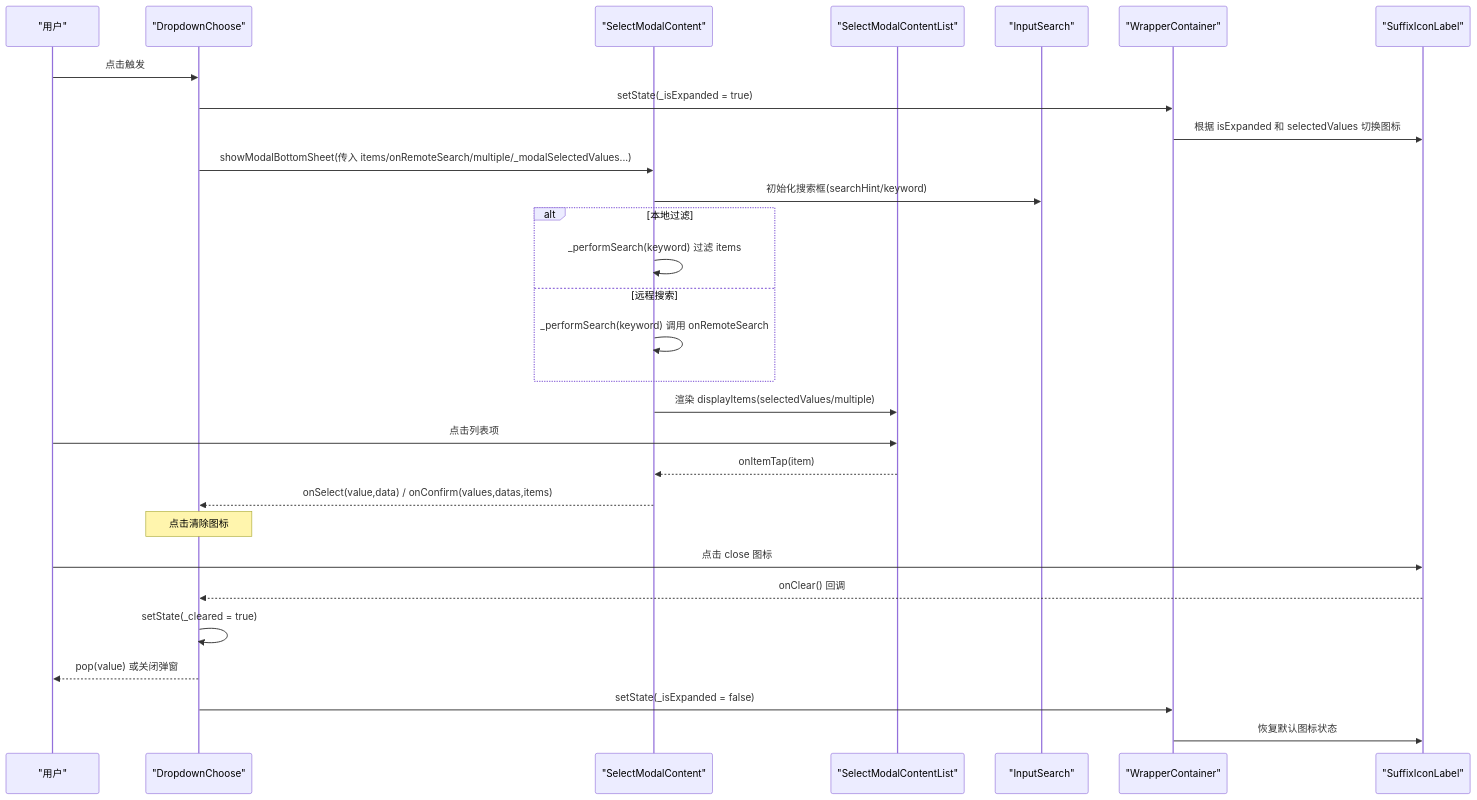
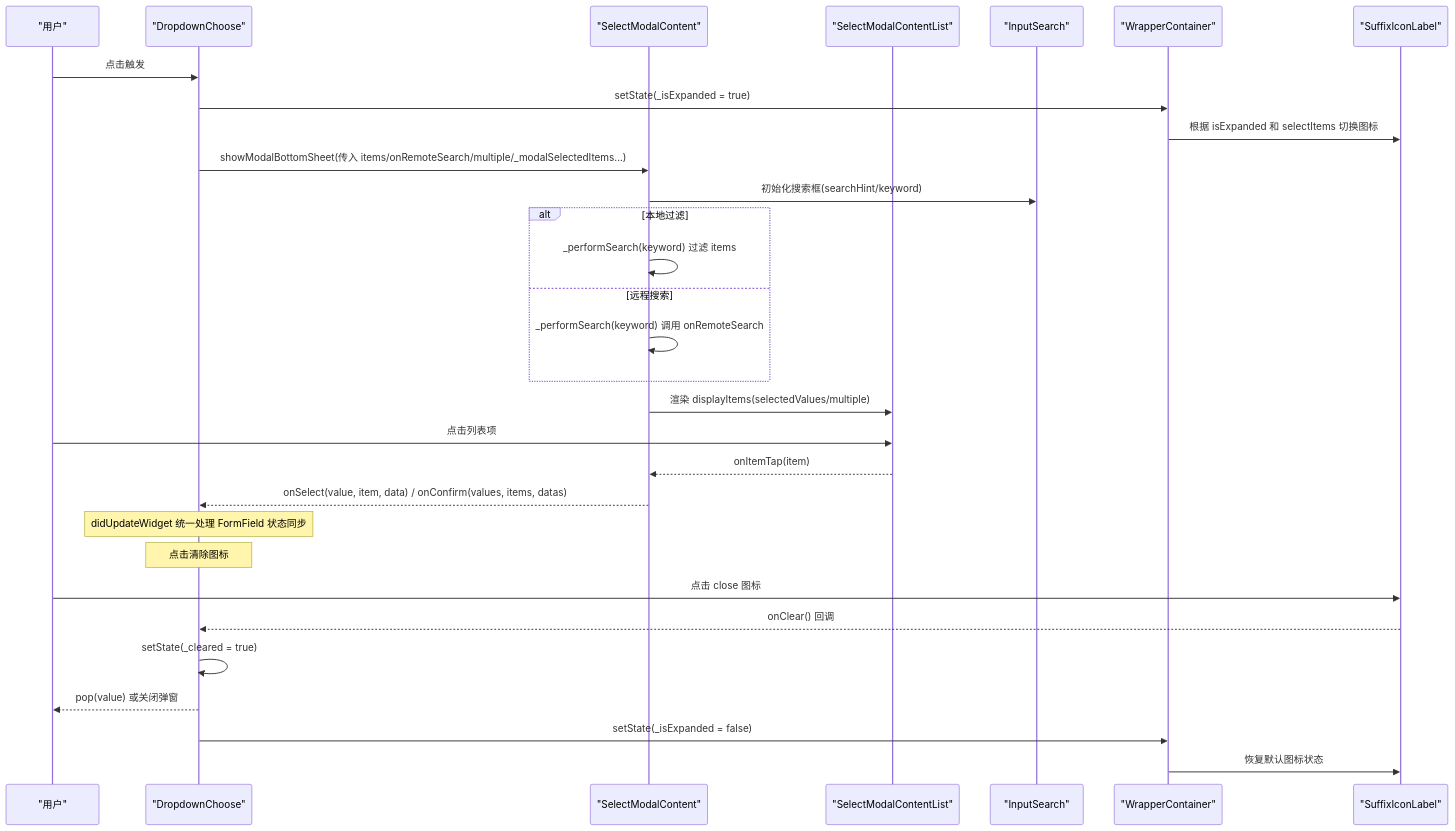
The second of 3 diagrams in .qoder/repowiki/zh/content/API 参考/高级组件 API/DropdownChoose 下拉选择器 API.md (yuzhido/lite-ui), drawn with Mermaid before and after one commit. The commit also changed other lines of this file and 44 other files, not shown here.

````diff
--- a/.qoder/repowiki/zh/content/API 参考/高级组件 API/DropdownChoose 下拉选择器 API.md
+++ b/.qoder/repowiki/zh/content/API 参考/高级组件 API/DropdownChoose 下拉选择器 API.md
@@ -98,31 +98,32 @@
 ```mermaid
 sequenceDiagram
 participant U as "用户"
 participant DC as "DropdownChoose"
 participant SM as "SelectModalContent"
 participant L as "SelectModalContentList"
 participant S as "InputSearch"
 participant W as "WrapperContainer"
 participant I as "SuffixIconLabel"
 U->>DC : 点击触发
 DC->>W : setState(_isExpanded = true)
-W->>I : 根据 isExpanded 和 selectedValues 切换图标
-DC->>SM : showModalBottomSheet(传入 items/onRemoteSearch/multiple/_modalSelectedValues...)
+W->>I : 根据 isExpanded 和 selectItems 切换图标
+DC->>SM : showModalBottomSheet(传入 items/onRemoteSearch/multiple/_modalSelectedItems...)
 SM->>S : 初始化搜索框(searchHint/keyword)
 alt 本地过滤
 SM->>SM : _performSearch(keyword) 过滤 items
 else 远程搜索
 SM->>SM : _performSearch(keyword) 调用 onRemoteSearch
 end
 SM->>L : 渲染 displayItems(selectedValues/multiple)
 U->>L : 点击列表项
 L-->>SM : onItemTap(item)
-SM-->>DC : onSelect(value,data) / onConfirm(values,datas,items)
+SM-->>DC : onSelect(value, item, data) / onConfirm(values, items, datas)
+Note over DC : didUpdateWidget 统一处理 FormField 状态同步
 Note over DC : 点击清除图标
 U->>I : 点击 close 图标
 I-->>DC : onClear() 回调
 DC->>DC : setState(_cleared = true)
 DC-->>U : pop(value) 或关闭弹窗
 DC->>W : setState(_isExpanded = false)
 W->>I : 恢复默认图标状态
 ```
````
